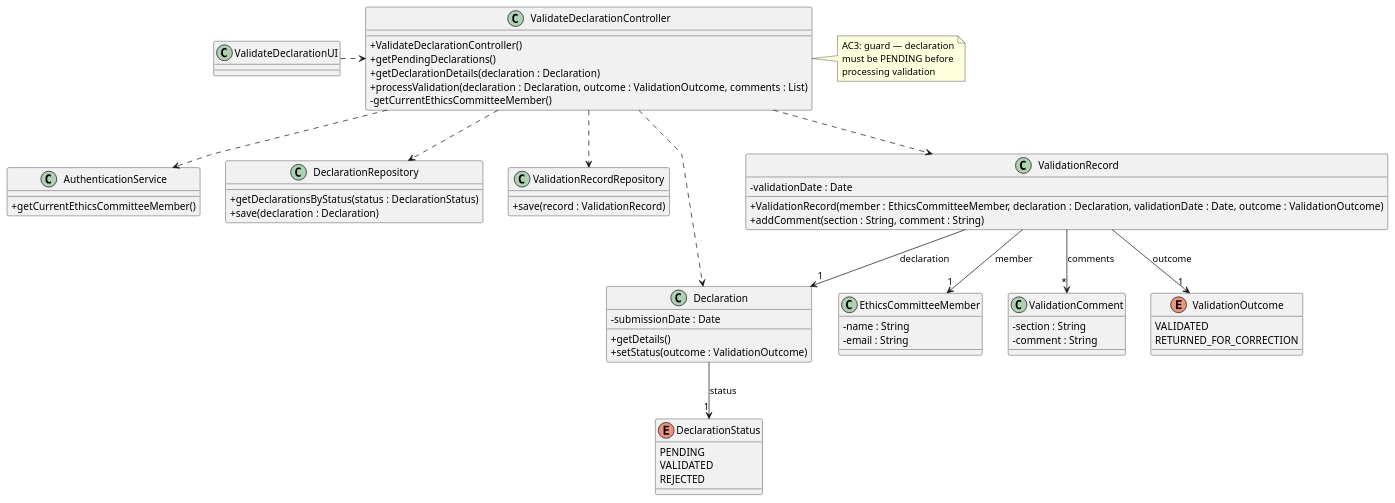
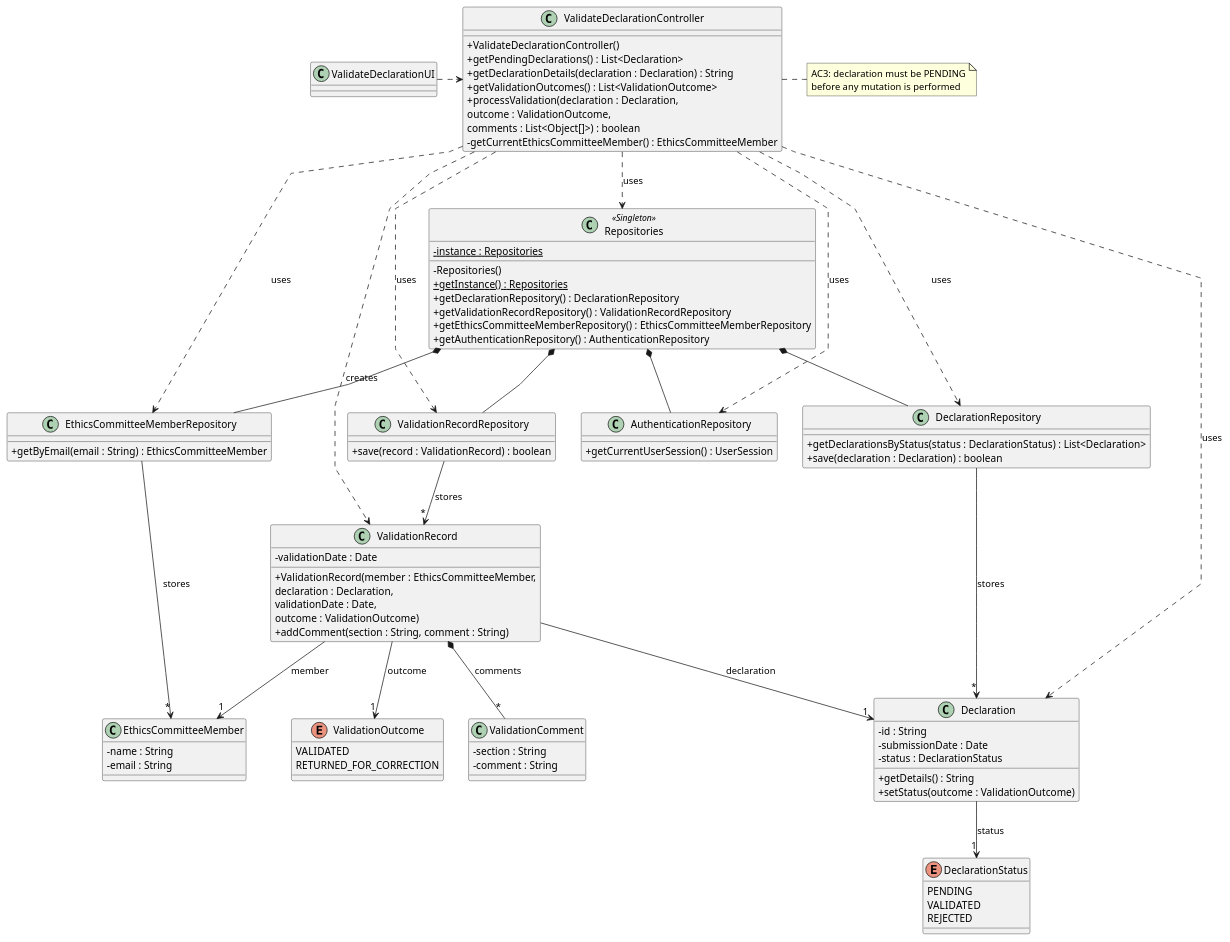
One commit to brunodspinto/crystal-clear-platform changed the diagram in docs/system-documentation/US08/03.design/puml/US08-CD.puml. Above: the diagram before and after it, drawn with PlantUML. The commit also changed 1 other file, not shown here.

```diff
--- a/docs/system-documentation/US08/03.design/puml/US08-CD.puml
+++ b/docs/system-documentation/US08/03.design/puml/US08-CD.puml
@@ -1,86 +1,118 @@
 @startuml US08-CD
-'skinparam monochrome true
 skinparam packageStyle rectangle
 skinparam shadowing false
 skinparam linetype polyline
 skinparam classAttributeIconSize 0
 
 class ValidateDeclarationUI {
 }
 
 class ValidateDeclarationController {
     + ValidateDeclarationController()
-    + getPendingDeclarations()
-    + getDeclarationDetails(declaration : Declaration)
-    + processValidation(declaration : Declaration, outcome : ValidationOutcome, comments : List)
-    - getCurrentEthicsCommitteeMember()
+    + getPendingDeclarations() : List<Declaration>
+    + getDeclarationDetails(declaration : Declaration) : String
+    + getValidationOutcomes() : List<ValidationOutcome>
+    + processValidation(declaration : Declaration,\noutcome : ValidationOutcome,\ncomments : List<Object[]>) : boolean
+    - getCurrentEthicsCommitteeMember() : EthicsCommitteeMember
 }
 
-class AuthenticationService {
-    + getCurrentEthicsCommitteeMember()
+class Repositories <<Singleton>> {
+    - {static} instance : Repositories
+    - Repositories()
+    + {static} getInstance() : Repositories
+    + getDeclarationRepository() : DeclarationRepository
+    + getValidationRecordRepository() : ValidationRecordRepository
+    + getEthicsCommitteeMemberRepository() : EthicsCommitteeMemberRepository
+    + getAuthenticationRepository() : AuthenticationRepository
 }
 
 class DeclarationRepository {
-    + getDeclarationsByStatus(status : DeclarationStatus)
-    + save(declaration : Declaration)
+    + getDeclarationsByStatus(status : DeclarationStatus) : List<Declaration>
+    + save(declaration : Declaration) : boolean
 }
 
 class ValidationRecordRepository {
-    + save(record : ValidationRecord)
+    + save(record : ValidationRecord) : boolean
+}
+
+class EthicsCommitteeMemberRepository {
+    + getByEmail(email : String) : EthicsCommitteeMember
+}
+
+class AuthenticationRepository {
+    + getCurrentUserSession() : UserSession
 }
 
 class Declaration {
+    - id : String
     - submissionDate : Date
-    + getDetails()
+    - status : DeclarationStatus
+    + getDetails() : String
     + setStatus(outcome : ValidationOutcome)
 }
 
 class EthicsCommitteeMember {
     - name : String
     - email : String
 }
 
 class ValidationRecord {
     - validationDate : Date
-    + ValidationRecord(member : EthicsCommitteeMember, declaration : Declaration, validationDate : Date, outcome : ValidationOutcome)
+    + ValidationRecord(member : EthicsCommitteeMember,\ndeclaration : Declaration,\nvalidationDate : Date,\noutcome : ValidationOutcome)
     + addComment(section : String, comment : String)
 }
 
 class ValidationComment {
     - section : String
     - comment : String
 }
 
 enum DeclarationStatus {
     PENDING
     VALIDATED
     REJECTED
 }
 
 enum ValidationOutcome {
     VALIDATED
     RETURNED_FOR_CORRECTION
 }
 
 note right of ValidateDeclarationController
-    AC3: guard — declaration
-    must be PENDING before
-    processing validation
+    AC3: declaration must be PENDING
+    before any mutation is performed
 end note
 
+' ── UI → Controller ───────────────────────────────────────────────────────────
 ValidateDeclarationUI .> ValidateDeclarationController
 
-ValidateDeclarationController ..> AuthenticationService
-ValidateDeclarationController ..> DeclarationRepository
-ValidateDeclarationController ..> ValidationRecordRepository
-ValidateDeclarationController ..> Declaration
-ValidateDeclarationController ..> ValidationRecord
+' ── Controller → Repositories (singleton) ────────────────────────────────────
+ValidateDeclarationController ..> Repositories : uses
+ValidateDeclarationController ..> DeclarationRepository : uses
+ValidateDeclarationController ..> ValidationRecordRepository : uses
+ValidateDeclarationController ..> EthicsCommitteeMemberRepository : uses
+ValidateDeclarationController ..> AuthenticationRepository : uses
+ValidateDeclarationController ..> Declaration : uses
+ValidateDeclarationController ..> ValidationRecord : creates
 
+' ── Repositories singleton owns all repositories ──────────────────────────────
+Repositories *-- DeclarationRepository
+Repositories *-- ValidationRecordRepository
+Repositories *-- EthicsCommitteeMemberRepository
+Repositories *-- AuthenticationRepository
+
+' ── Repositories store domain objects ─────────────────────────────────────────
+DeclarationRepository --> "*" Declaration : stores
+ValidationRecordRepository --> "*" ValidationRecord : stores
+EthicsCommitteeMemberRepository --> "*" EthicsCommitteeMember : stores
+
+' ── Declaration ───────────────────────────────────────────────────────────────
 Declaration --> "1" DeclarationStatus : status
 
+' ── ValidationRecord aggregate ────────────────────────────────────────────────
 ValidationRecord --> "1" EthicsCommitteeMember : member
 ValidationRecord --> "1" Declaration : declaration
 ValidationRecord --> "1" ValidationOutcome : outcome
-ValidationRecord --> "*" ValidationComment : comments
+ValidationRecord *-- "*" ValidationComment : comments
 
 @enduml
```
